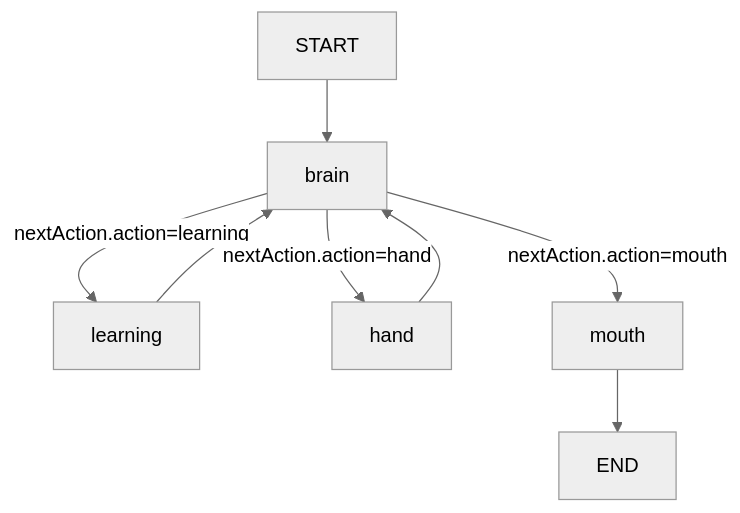
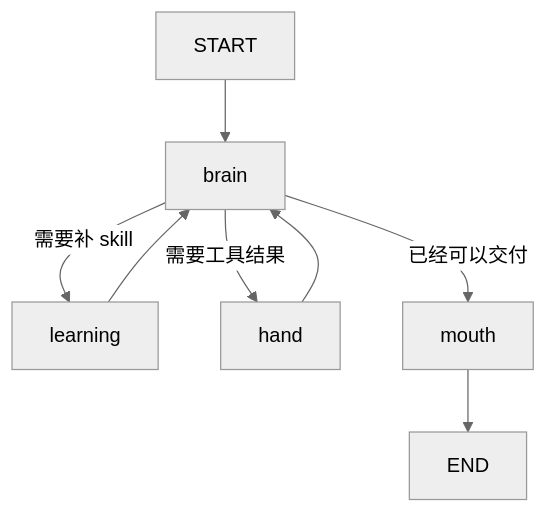
The second of 2 diagrams in doc/ai-design/architecture.md (Yoan98/Ncurator), drawn with Mermaid (neutral theme) before and after one commit. The commit also changed other lines of this file and 7 other files, not shown here.

Commit message:
Restructure AI design docs around architecture and implementation spec

````diff
--- a/doc/ai-design/architecture.md
+++ b/doc/ai-design/architecture.md
@@ -83,10 +47,10 @@
 ```mermaid
 flowchart TD
     A["START"] --> B["brain"]
-    B -->|nextAction.action=learning| C["learning"]
-    B -->|nextAction.action=hand| D["hand"]
-    B -->|nextAction.action=mouth| E["mouth"]
+    B -->|需要补 skill| C["learning"]
+    B -->|需要工具结果| D["hand"]
+    B -->|已经可以交付| E["mouth"]
     C --> B
     D --> B
     E --> F["END"]
 ```
````
